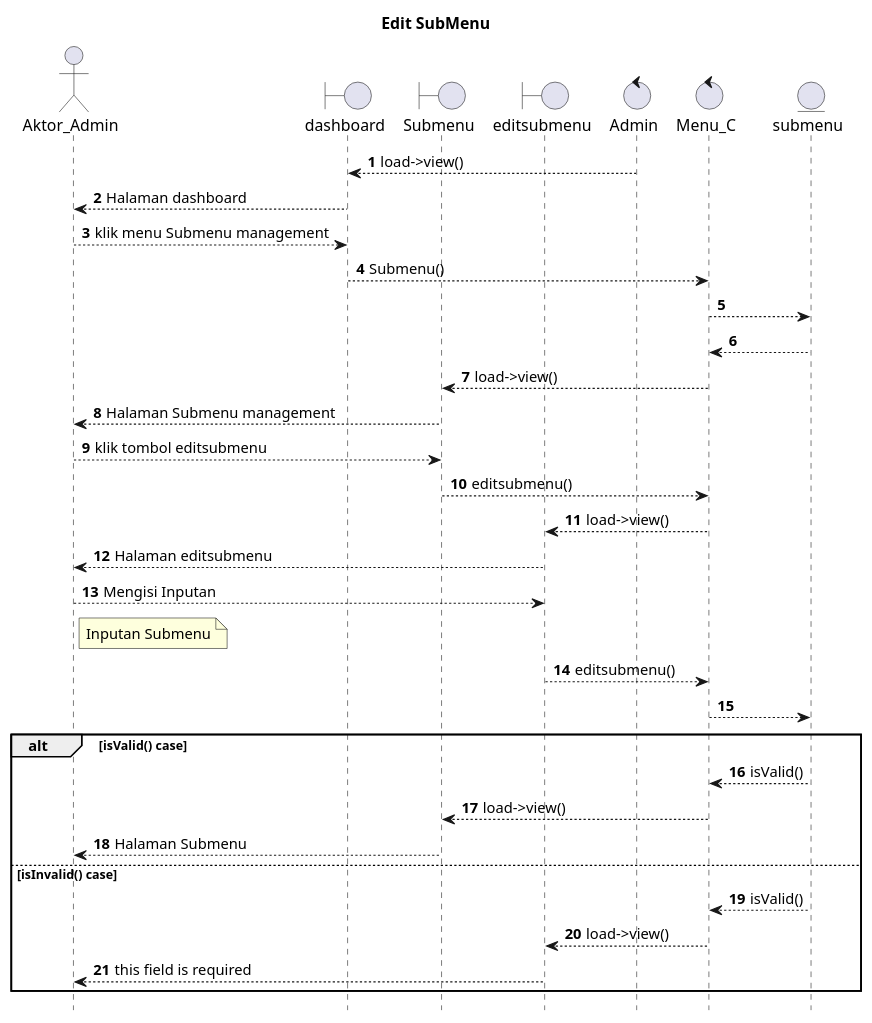
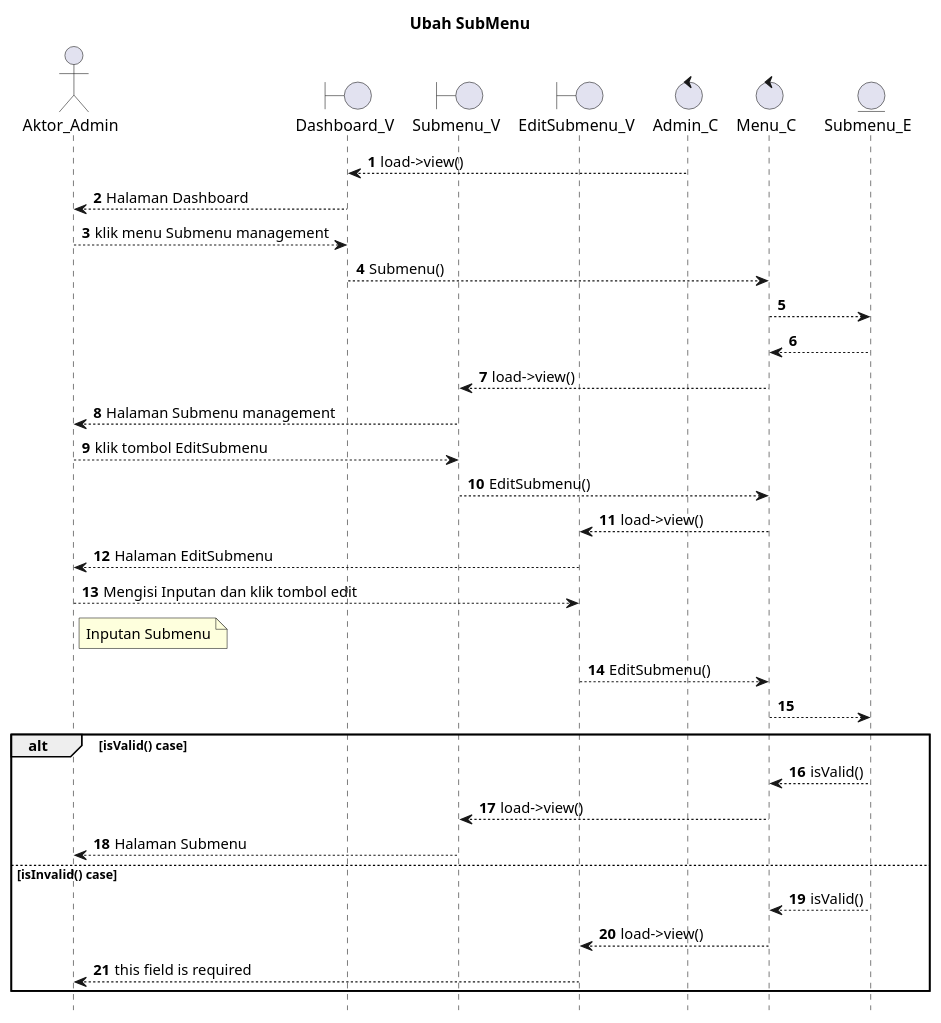
Before and after one commit to kurniado729/sistem_kp: the diagram in UML/admin/editsubmenu.puml, drawn with PlantUML. The commit also changed 54 other files, not shown here.

```diff
--- a/UML/admin/editsubmenu.puml
+++ b/UML/admin/editsubmenu.puml
@@ -1,50 +1,50 @@
 @startuml
 
 autonumber
 hide footbox
-title Edit SubMenu
+title Ubah SubMenu
 
 Actor Aktor_Admin
-boundary dashboard
-boundary Submenu
-boundary editsubmenu
-control Admin
+boundary Dashboard_V
+boundary Submenu_V
+boundary EditSubmenu_V
+control Admin_C
 control Menu_C
-Entity submenu
+Entity Submenu_E
 
-Admin --> dashboard: load->view()
-dashboard --> Aktor_Admin: Halaman dashboard
-Aktor_Admin --> dashboard: klik menu Submenu management
-dashboard --> Menu_C: Submenu()
-Menu_C --> submenu:
+Admin_C --> Dashboard_V: load->view()
+Dashboard_V --> Aktor_Admin: Halaman Dashboard
+Aktor_Admin --> Dashboard_V: klik menu Submenu management
+Dashboard_V --> Menu_C: Submenu()
+Menu_C --> Submenu_E:
     
-    submenu --> Menu_C:
-    Menu_C --> Submenu: load->view()
-    Submenu --> Aktor_Admin: Halaman Submenu management
+    Submenu_E --> Menu_C:
+    Menu_C --> Submenu_V: load->view()
+    Submenu_V --> Aktor_Admin: Halaman Submenu management
 
-Aktor_Admin --> Submenu: klik tombol editsubmenu
-Submenu --> Menu_C: editsubmenu()
-Menu_C --> editsubmenu: load->view()
-editsubmenu --> Aktor_Admin: Halaman editsubmenu
+Aktor_Admin --> Submenu_V: klik tombol EditSubmenu
+Submenu_V --> Menu_C: EditSubmenu()
+Menu_C --> EditSubmenu_V: load->view()
+EditSubmenu_V --> Aktor_Admin: Halaman EditSubmenu
 
-Aktor_Admin --> editsubmenu: Mengisi Inputan
+Aktor_Admin --> EditSubmenu_V: Mengisi Inputan dan klik tombol edit
     note right of Aktor_Admin
         Inputan Submenu
             end note
-editsubmenu --> Menu_C: editsubmenu()
-Menu_C --> submenu:
+EditSubmenu_V --> Menu_C: EditSubmenu()
+Menu_C --> Submenu_E:
 
 alt isValid() case
     
-    submenu --> Menu_C: isValid()
-    Menu_C --> Submenu: load->view()
-    Submenu --> Aktor_Admin: Halaman Submenu
+    Submenu_E --> Menu_C: isValid()
+    Menu_C --> Submenu_V: load->view()
+    Submenu_V --> Aktor_Admin: Halaman Submenu
 
 else isInvalid() case
     
-    submenu --> Menu_C: isValid()
-    Menu_C --> editsubmenu: load->view()
-    editsubmenu --> Aktor_Admin: this field is required
+    Submenu_E --> Menu_C: isValid()
+    Menu_C --> EditSubmenu_V: load->view()
+    EditSubmenu_V --> Aktor_Admin: this field is required
 
 end
 @enduml
```
